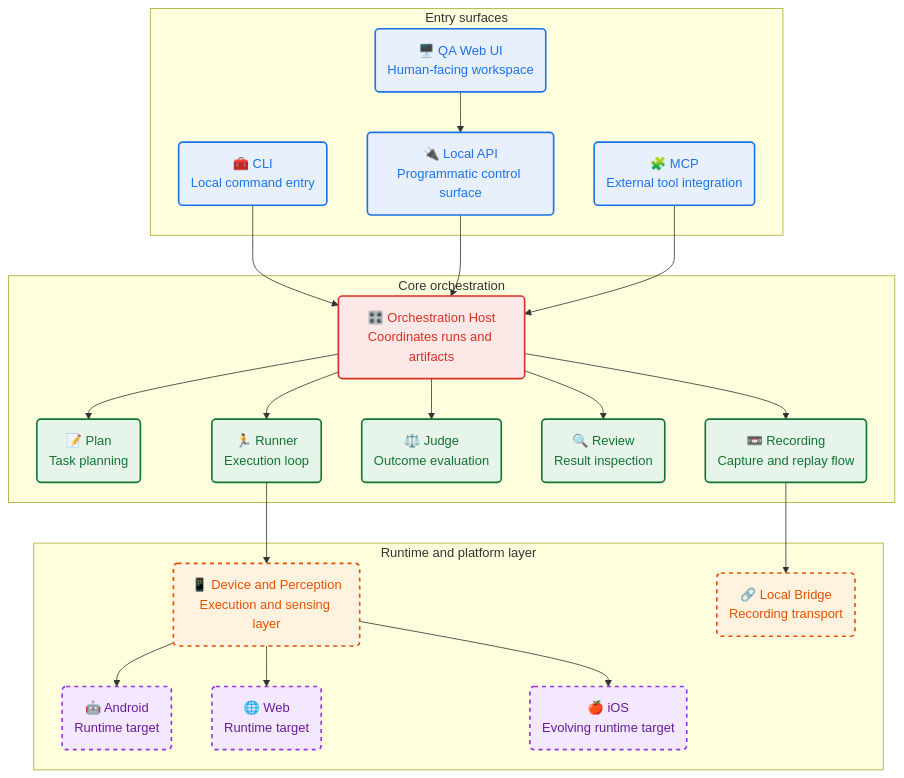
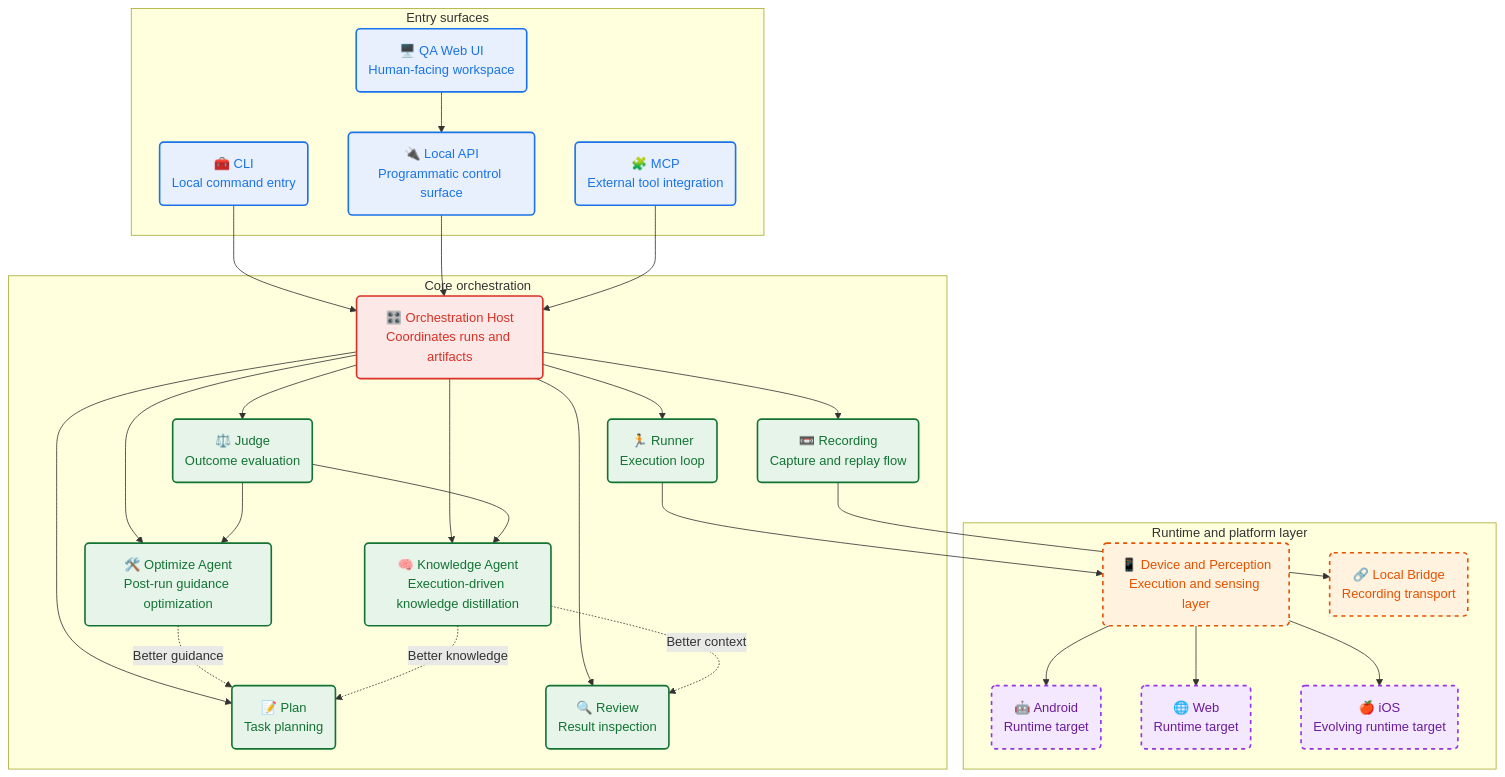
Before and after one commit to chaxiu/munk-ai: the third of 3 diagrams in README.md, drawn with Mermaid. The commit also changed other lines of this file, not shown here.

````diff
--- a/README.md
+++ b/README.md
@@ -166,70 +154,81 @@
 ```mermaid
 flowchart TD
     classDef entry fill:#E8F0FE,stroke:#1A73E8,stroke-width:2px,color:#1A73E8;
     classDef host fill:#FCE8E6,stroke:#D93025,stroke-width:2px,color:#D93025;
     classDef workflow fill:#E6F4EA,stroke:#137333,stroke-width:2px,color:#137333;
     classDef infra fill:#FFF3E0,stroke:#E65100,stroke-width:2px,color:#E65100,stroke-dasharray: 5 5;
     classDef platform fill:#F3E8FD,stroke:#9334E6,stroke-width:2px,color:#6A1B9A,stroke-dasharray: 5 5;
 
     A(🧰 CLI<br/>Local command entry):::entry
     B(🔌 Local API<br/>Programmatic control surface):::entry
     C(🧩 MCP<br/>External tool integration):::entry
     D(🖥️ QA Web UI<br/>Human-facing workspace):::entry
 
     E(🎛️ Orchestration Host<br/>Coordinates runs and artifacts):::host
 
     P(📝 Plan<br/>Task planning):::workflow
     R(🏃 Runner<br/>Execution loop):::workflow
     J(⚖️ Judge<br/>Outcome evaluation):::workflow
+    X(🛠️ Optimize Agent<br/>Post-run guidance optimization):::workflow
+    K(🧠 Knowledge Agent<br/>Execution-driven knowledge distillation):::workflow
     V(🔍 Review<br/>Result inspection):::workflow
     O(📼 Recording<br/>Capture and replay flow):::workflow
 
     DP(📱 Device and Perception<br/>Execution and sensing layer):::infra
     L(🔗 Local Bridge<br/>Recording transport):::infra
 
     AX(🤖 Android<br/>Runtime target):::platform
     WX(🌐 Web<br/>Runtime target):::platform
     IX(🍎 iOS<br/>Evolving runtime target):::platform
 
     A --> E
     B --> E
     C --> E
     D --> B
 
     E --> P
     E --> R
     E --> J
+    E --> X
+    E --> K
     E --> V
     E --> O
 
     R --> DP
+    J --> X
+    J --> K
+    X -. Better guidance .-> P
+    K -. Better knowledge .-> P
+    K -. Better context .-> V
     O --> L
 
     DP --> AX
     DP --> WX
     DP --> IX
 
     subgraph Entry surfaces
         A
         B
         C
         D
     end
 
     subgraph Core orchestration
         E
         P
         R
         J
+        X
+        K
         V
         O
     end
 
     subgraph Runtime and platform layer
         DP
         L
         AX
         WX
         IX
     end
 ```
````
